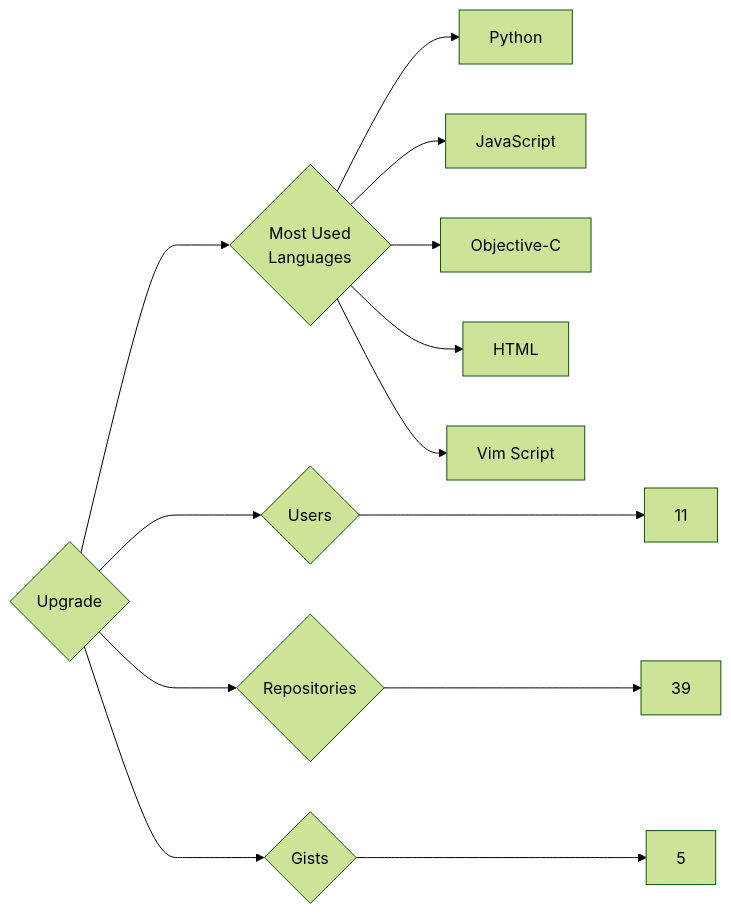
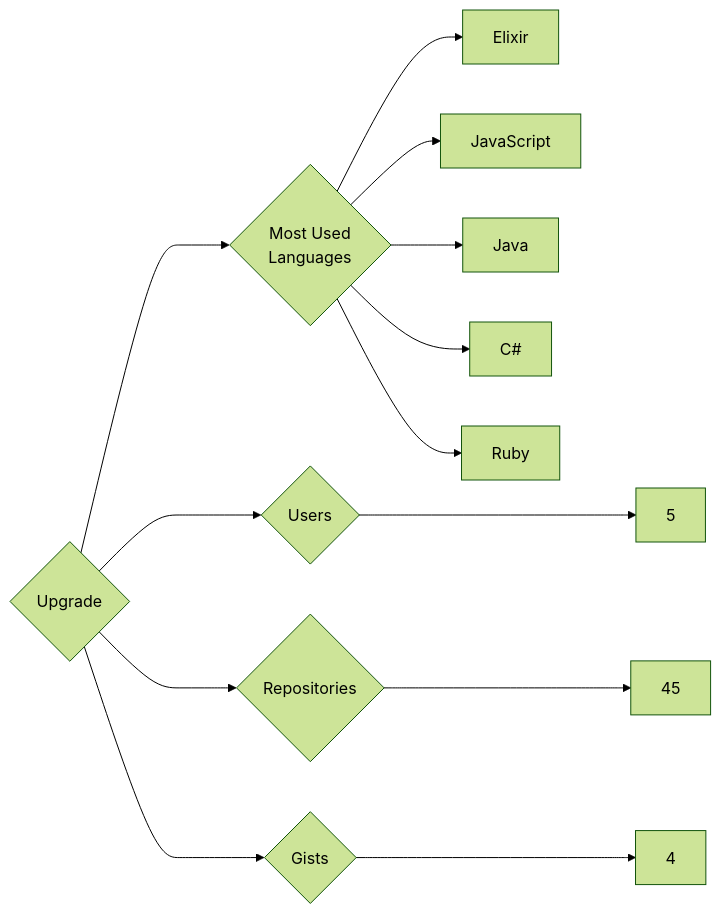
Before and after one commit to trickest/insiders: the diagram in targets/Upgrade/README.md, drawn with Mermaid (forest theme). The commit also changed 1479 other files, not shown here.

````diff
--- a/targets/Upgrade/README.md
+++ b/targets/Upgrade/README.md
@@ -3,13 +3,13 @@
 ```mermaid
 graph LR
 COMPANY_NAME{Upgrade}
-COMPANY_NAME ---> U{Users} ---> UN[11]
-COMPANY_NAME ---> R{Repositories} ---> RN[39]
-COMPANY_NAME ---> G{Gists} ---> GN[5]
+COMPANY_NAME ---> U{Users} ---> UN[5]
+COMPANY_NAME ---> R{Repositories} ---> RN[45]
+COMPANY_NAME ---> G{Gists} ---> GN[4]
 COMPANY_NAME ---> ML{Most Used<br>Languages}
-ML --> Python[Python]
+ML --> Elixir[Elixir]
 ML --> JavaScript[JavaScript]
-ML --> Objective-C[Objective-C]
-ML --> HTML[HTML]
-ML --> Vim_Script[Vim Script]
+ML --> Java[Java]
+ML --> C#[C#]
+ML --> Ruby[Ruby]
 ```
````
